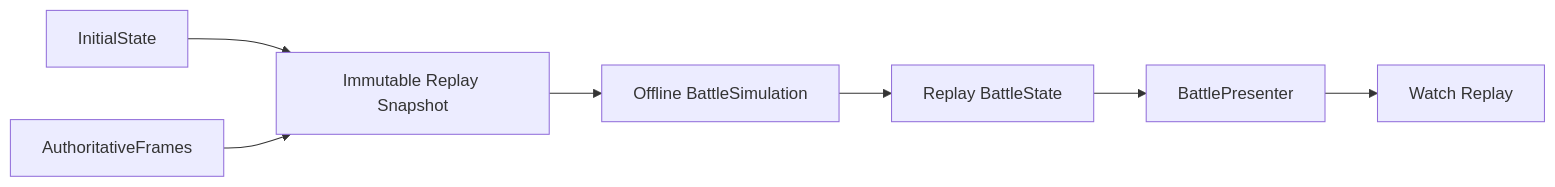
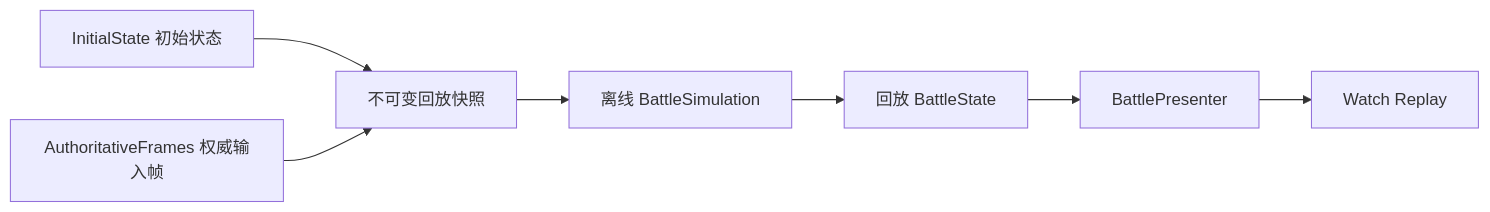
One commit to shaobaichen/LockstepArena_Portfolio changed the third of 3 diagrams in Docs/ARCHITECTURE.md. Above: the diagram before and after it, drawn with Mermaid. The commit also changed other lines of this file, not shown here.

Commit message:
docs: translate Docs/ARCHITECTURE.md into Chinese

````diff
--- a/Docs/ARCHITECTURE.md
+++ b/Docs/ARCHITECTURE.md
@@ -60,9 +60,9 @@
 ```mermaid
 flowchart LR
-    Initial[InitialState] --> Snapshot[Immutable Replay Snapshot]
-    Frames[AuthoritativeFrames] --> Snapshot
-    Snapshot --> Offline[Offline BattleSimulation]
-    Offline --> State[Replay BattleState]
+    Initial[InitialState 初始状态] --> Snapshot[不可变回放快照]
+    Frames[AuthoritativeFrames 权威输入帧] --> Snapshot
+    Snapshot --> Offline[离线 BattleSimulation]
+    Offline --> State[回放 BattleState]
     State --> Presenter[BattlePresenter]
     Presenter --> Watch[Watch Replay]
 ```
````
